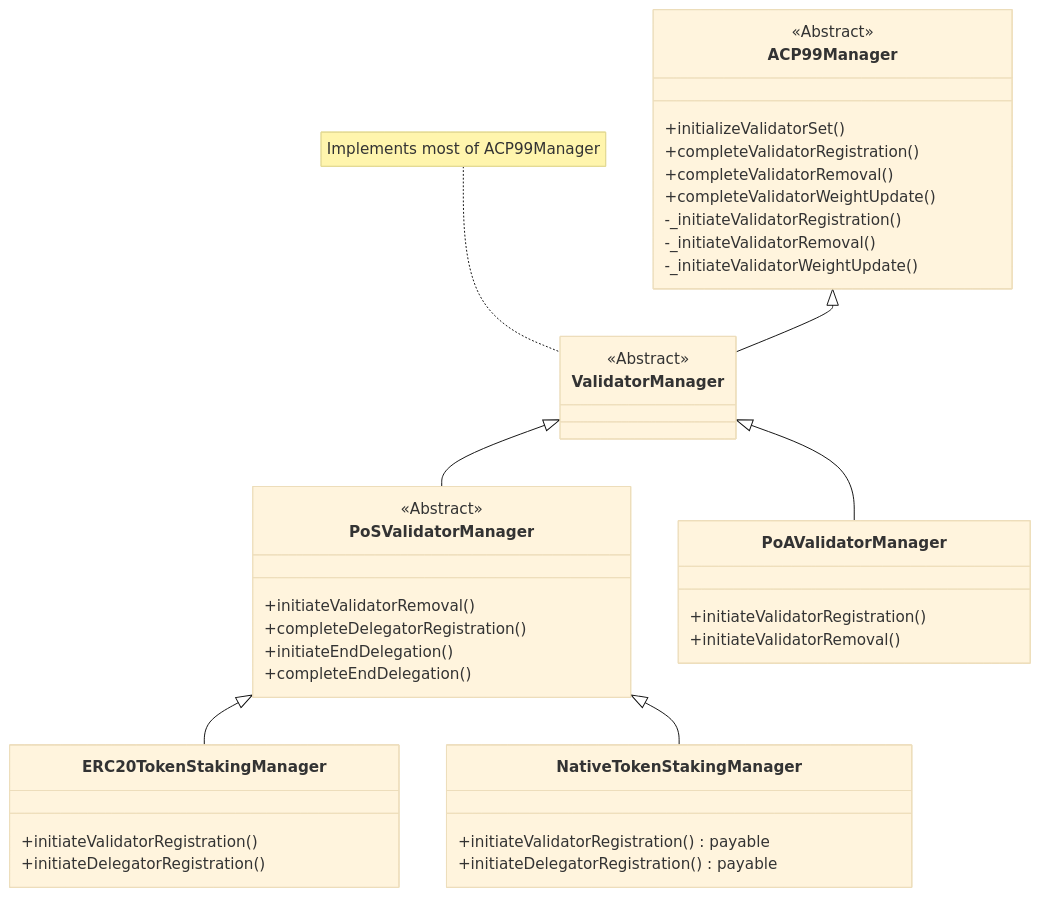
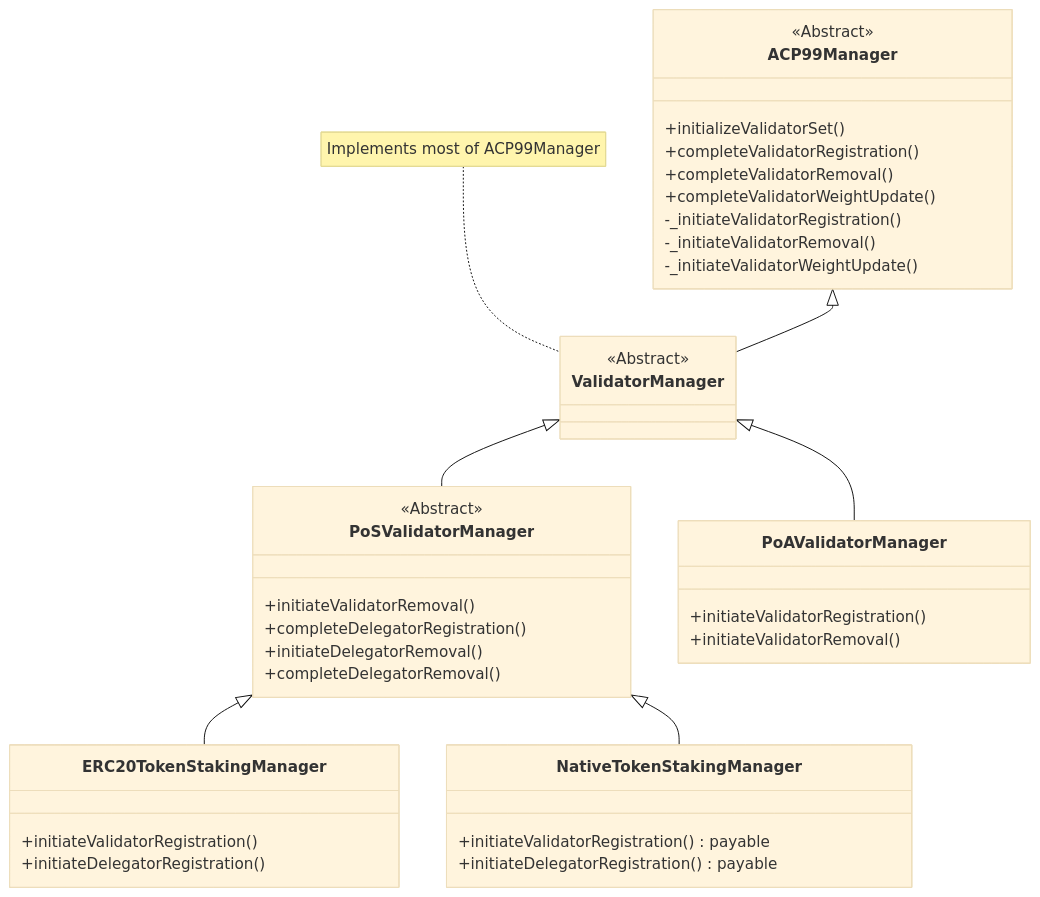
Before and after one commit to quantum-smith427t6/icm-contracts: the diagram in contracts/validator-manager/README.md, drawn with Mermaid (base theme). The commit also changed other lines of this file and 5 other files, not shown here.

````diff
--- a/contracts/validator-manager/README.md
+++ b/contracts/validator-manager/README.md
@@ -5,43 +5,43 @@
 ```mermaid
 classDiagram
 class ACP99Manager {
     +initializeValidatorSet()
     +completeValidatorRegistration()
     +completeValidatorRemoval()
     +completeValidatorWeightUpdate()
     -_initiateValidatorRegistration()
     -_initiateValidatorRemoval()
     -_initiateValidatorWeightUpdate()
 }
 <<Abstract>> ACP99Manager
 
 class ValidatorManager 
 <<Abstract>> ValidatorManager
 note for ValidatorManager "Implements most of ACP99Manager"
 
 class PoSValidatorManager {
     +initiateValidatorRemoval()
     +completeDelegatorRegistration()
-    +initiateEndDelegation()
-    +completeEndDelegation()
+    +initiateDelegatorRemoval()
+    +completeDelegatorRemoval()
 }
 <<Abstract>> PoSValidatorManager
 class ERC20TokenStakingManager {
     +initiateValidatorRegistration()
     +initiateDelegatorRegistration()
 }
 class NativeTokenStakingManager {
     +initiateValidatorRegistration() payable
     +initiateDelegatorRegistration() payable
 }
 class PoAValidatorManager {
     +initiateValidatorRegistration()
     +initiateValidatorRemoval()
 }
 
 ACP99Manager <|-- ValidatorManager
 ValidatorManager <|-- PoSValidatorManager
 ValidatorManager <|-- PoAValidatorManager
 PoSValidatorManager <|-- ERC20TokenStakingManager
 PoSValidatorManager <|-- NativeTokenStakingManager
 ```
````
